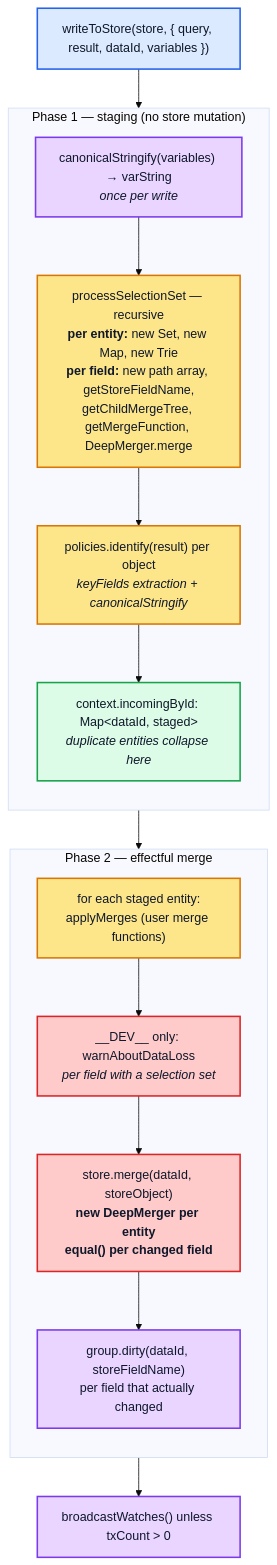
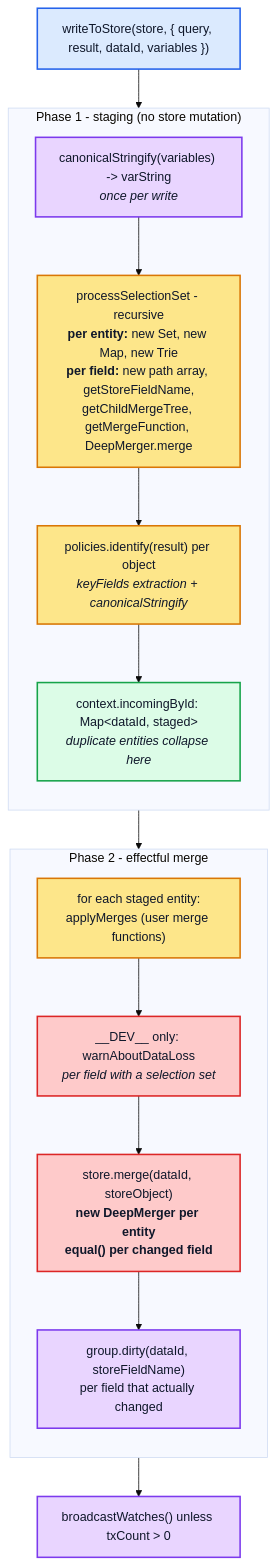
One commit to convict-git/fast-gql-cache-rs changed the fourth of 14 diagrams in docs/apollo-client-inmemory-cache-performance.md. Above: the diagram before and after it, drawn with Mermaid (base theme). The commit also changed other lines of this file and 1 other file, not shown here.

First line of the commit message:
docs(cache): replace unicode arrows/dashes/dots in all mermaid diagrams

````diff
--- a/docs/apollo-client-inmemory-cache-performance.md
+++ b/docs/apollo-client-inmemory-cache-performance.md
@@ -194,30 +194,30 @@
 ```mermaid
 flowchart TB
     START["writeToStore(store, { query, result, dataId, variables })"]:::api
 
-    subgraph phase1["Phase 1 — staging (no store mutation)"]
+    subgraph phase1["Phase 1 - staging (no store mutation)"]
         direction TB
-        P1A["canonicalStringify(variables) → varString<br/><i>once per write</i>"]:::memo
-        P1B["processSelectionSet — recursive<br/><b>per entity:</b> new Set, new Map, new Trie<br/><b>per field:</b> new path array, getStoreFieldName,<br/>getChildMergeTree, getMergeFunction, DeepMerger.merge"]:::write
+        P1A["canonicalStringify(variables) -> varString<br/><i>once per write</i>"]:::memo
+        P1B["processSelectionSet - recursive<br/><b>per entity:</b> new Set, new Map, new Trie<br/><b>per field:</b> new path array, getStoreFieldName,<br/>getChildMergeTree, getMergeFunction, DeepMerger.merge"]:::write
         P1C["policies.identify(result) per object<br/><i>keyFields extraction + canonicalStringify</i>"]:::write
         P1D["context.incomingById: Map&lt;dataId, staged&gt;<br/><i>duplicate entities collapse here</i>"]:::store
         P1A --> P1B --> P1C --> P1D
     end
 
-    subgraph phase2["Phase 2 — effectful merge"]
+    subgraph phase2["Phase 2 - effectful merge"]
         direction TB
         P2A["for each staged entity:<br/>applyMerges (user merge functions)"]:::write
         P2B["__DEV__ only: warnAboutDataLoss<br/><i>per field with a selection set</i>"]:::dirty
         P2C["store.merge(dataId, storeObject)<br/><b>new DeepMerger per entity</b><br/><b>equal() per changed field</b>"]:::dirty
         P2D["group.dirty(dataId, storeFieldName)<br/>per field that actually changed"]:::memo
         P2A --> P2B --> P2C --> P2D
     end
 
     START --> phase1 --> phase2 --> BC["broadcastWatches() unless txCount &gt; 0"]:::memo
 
     classDef api fill:#dbeafe,stroke:#2563eb,stroke-width:2px,color:#0f172a
     classDef write fill:#fde68a,stroke:#d97706,stroke-width:2px,color:#0f172a
     classDef store fill:#dcfce7,stroke:#16a34a,stroke-width:2px,color:#0f172a
     classDef memo fill:#e9d5ff,stroke:#7c3aed,stroke-width:2px,color:#0f172a
     classDef dirty fill:#fecaca,stroke:#dc2626,stroke-width:2px,color:#0f172a
 ```
````
